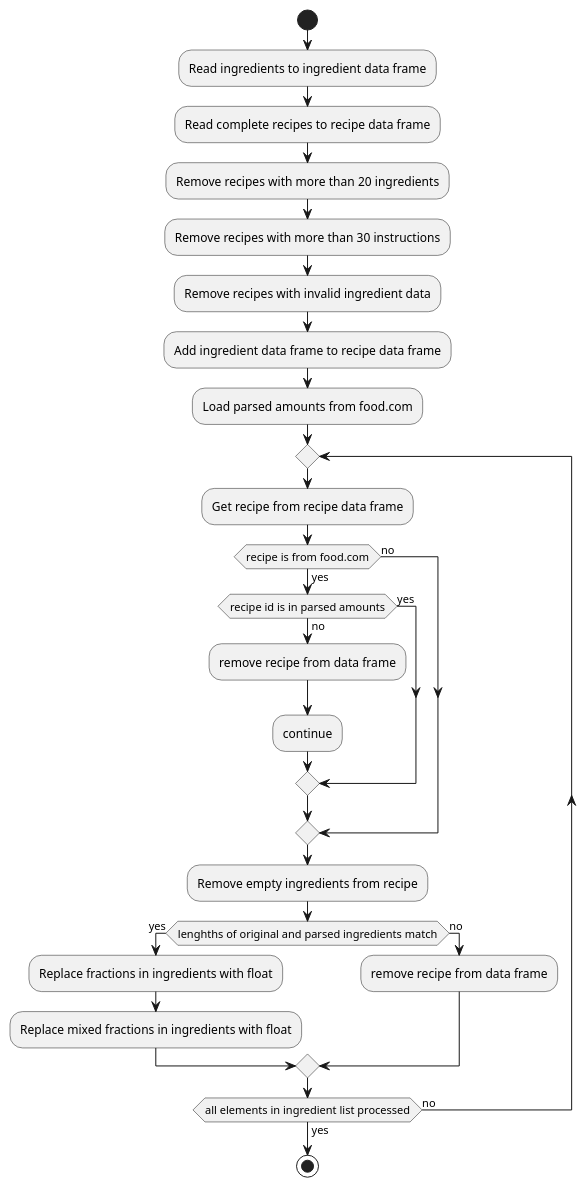
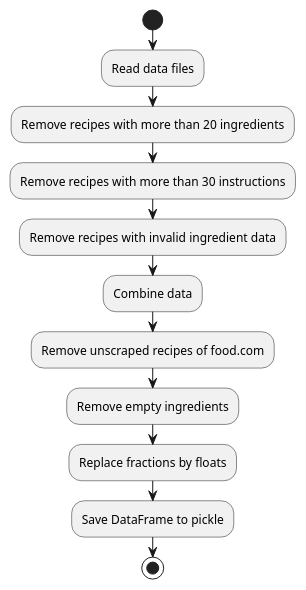
One commit to mscholl96/mad-recime changed the diagram in data/recipe1M/parser/uml/preprocessing.puml. Above: the diagram before and after it, drawn with PlantUML.

Commit message:
UML for preprocessing

```diff
--- a/data/recipe1M/parser/uml/preprocessing.puml
+++ b/data/recipe1M/parser/uml/preprocessing.puml
@@ -1,29 +1,13 @@
 @startuml
 start
-:Read ingredients to ingredient data frame;
-:Read complete recipes to recipe data frame;
+:Read data files;
 :Remove recipes with more than 20 ingredients;
 :Remove recipes with more than 30 instructions;
 :Remove recipes with invalid ingredient data;
-:Add ingredient data frame to recipe data frame;
-:Load parsed amounts from food.com;
-repeat
-    :Get recipe from recipe data frame;
-    if (recipe is from food.com) then (yes)
-        if (recipe id is in parsed amounts) then (yes)
-        else (no)
-            :remove recipe from data frame;
-            :continue;
-        endif
-    else (no)
-    endif
-    :Remove empty ingredients from recipe;
-    if (lenghths of original and parsed ingredients match) then (yes)
-        :Replace fractions in ingredients with float;
-        :Replace mixed fractions in ingredients with float;
-    else (no)
-        :remove recipe from data frame;
-    endif
-repeat while (all elements in ingredient list processed) is (no) not (yes)
+:Combine data;
+:Remove unscraped recipes of food.com;
+:Remove empty ingredients;
+:Replace fractions by floats;
+:Save DataFrame to pickle;
 stop
 @enduml
```
